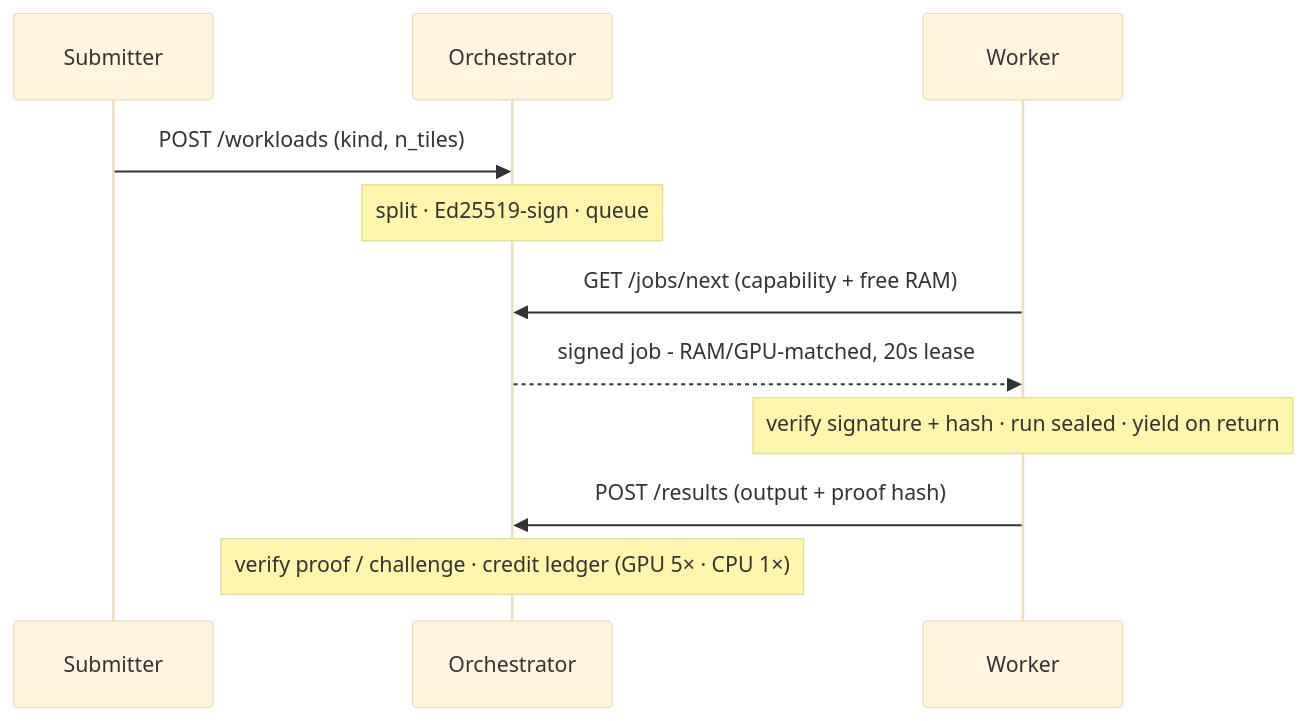
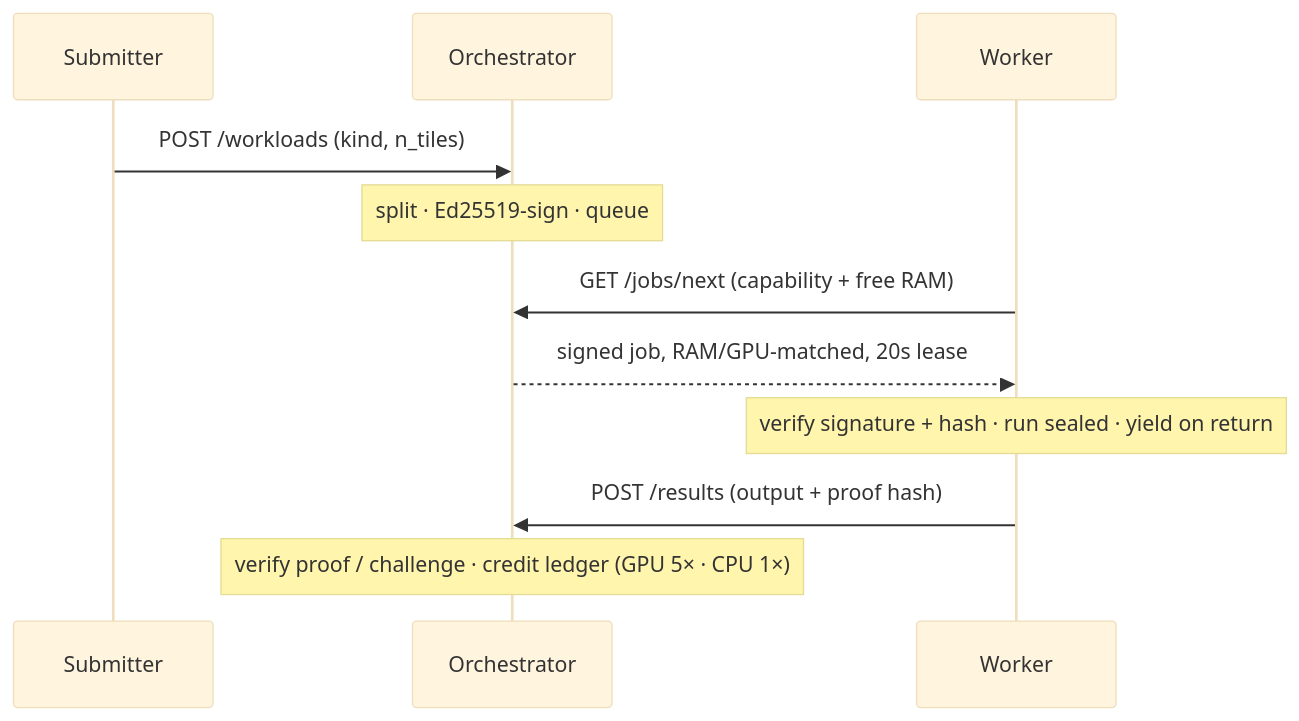
The third of 3 diagrams in README.md (Aditya-Katkuri/OneCompute), drawn with Mermaid (base theme) before and after one commit. The commit also changed other lines of this file and 29 other files, not shown here.

````diff
--- a/README.md
+++ b/README.md
@@ -76,13 +76,13 @@
 ```mermaid
 sequenceDiagram
     participant S as Submitter
     participant O as Orchestrator
     participant W as Worker
     S->>O: POST /workloads (kind, n_tiles)
     Note over O: split · Ed25519-sign · queue
     W->>O: GET /jobs/next (capability + free RAM)
-    O-->>W: signed job - RAM/GPU-matched, 20s lease
+    O-->>W: signed job, RAM/GPU-matched, 20s lease
     Note over W: verify signature + hash · run sealed · yield on return
     W->>O: POST /results (output + proof hash)
     Note over O: verify proof / challenge · credit ledger (GPU 5× · CPU 1×)
 ```
````
